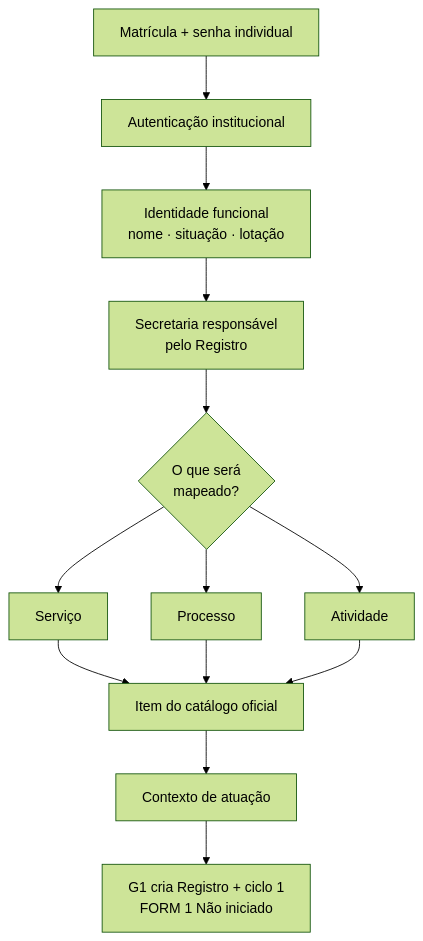
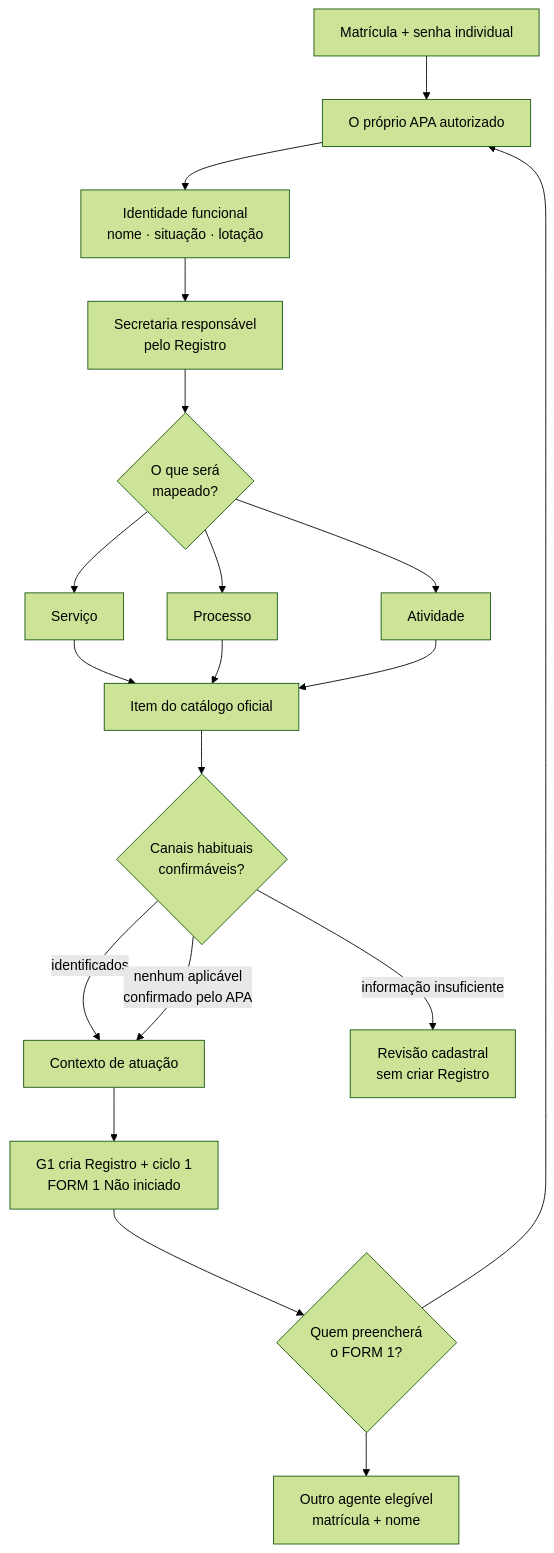
The first of 3 diagrams in docs/arquitetura/CONTRATO_IDENTIDADE_E_CONTEXTO_INICIAL.md (ailtonfv/governanca-lgpd-hortolandia), drawn with Mermaid (forest theme) before and after one commit. The commit also changed other lines of this file and 10 other files, not shown here.

````diff
--- a/docs/arquitetura/CONTRATO_IDENTIDADE_E_CONTEXTO_INICIAL.md
+++ b/docs/arquitetura/CONTRATO_IDENTIDADE_E_CONTEXTO_INICIAL.md
@@ -22,15 +23,21 @@
 ```mermaid
 flowchart TD
     E["Matrícula + senha individual"] --> A["Autenticação institucional"]
     A --> I["Identidade funcional<br/>nome · situação · lotação"]
     I --> U["Secretaria responsável<br/>pelo Registro"]
     U --> T{"O que será<br/>mapeado?"}
     T --> S["Serviço"]
     T --> P["Processo"]
     T --> V["Atividade"]
     S --> C["Item do catálogo oficial"]
     P --> C
     V --> C
-    C --> X["Contexto de atuação"]
+    C --> K{"Canais habituais<br/>confirmáveis?"}
+    K -- "identificados" --> X["Contexto de atuação"]
+    K -- "nenhum aplicável<br/>confirmado pelo APA" --> X
+    K -- "informação insuficiente" --> R["Revisão cadastral<br/>sem criar Registro"]
     X --> G["G1 cria Registro + ciclo 1<br/>FORM 1 Não iniciado"]
+    G --> D{"Quem preencherá<br/>o FORM 1?"}
+    D --> A["O próprio APA autorizado"]
+    D --> O["Outro agente elegível<br/>matrícula + nome"]
 ```
````
